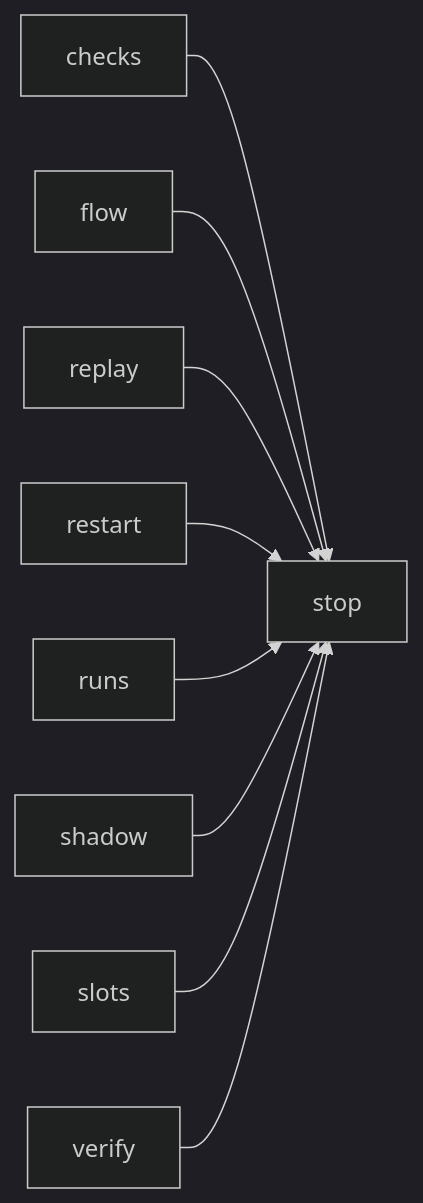
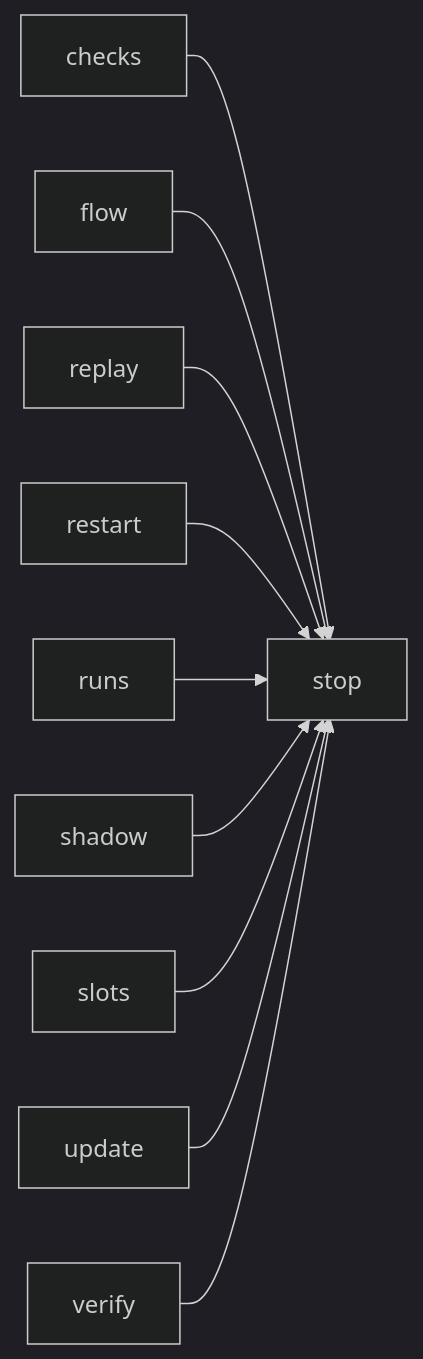
The second of 2 diagrams in docs/architecture/modules/stop.md (plaplanche/ariane), drawn with Mermaid (dark theme) before and after one commit. The commit also changed 33 other files, not shown here.

````diff
--- a/docs/architecture/modules/stop.md
+++ b/docs/architecture/modules/stop.md
@@ -39,11 +39,12 @@
 ```mermaid
 flowchart LR
   checks --> stop
   flow --> stop
   replay --> stop
   restart --> stop
   runs --> stop
   shadow --> stop
   slots --> stop
+  update --> stop
   verify --> stop
 ```
````
